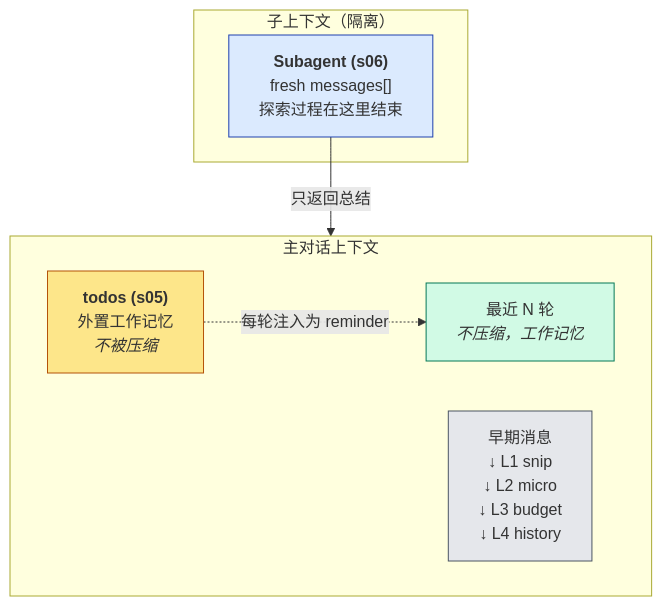
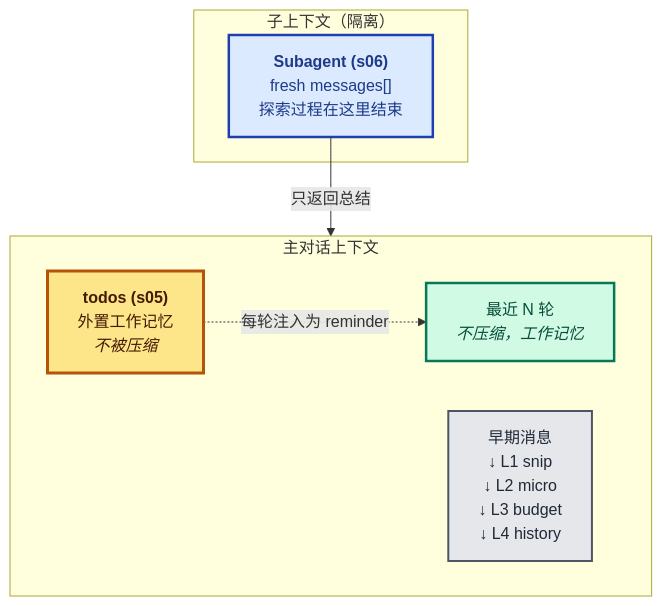
One commit to PyrePuin/From-Zero-LLM-Agent-Infra-Notes changed the first of 2 diagrams in Agent/Harness/Claude Code/Phase 2 - 上下文治理/00 - 综合总结.md. Above: the diagram before and after it, drawn with Mermaid. The commit also changed other lines of this file and 23 other files, not shown here.

First line of the commit message:
refactor(mermaid): 统一所有图的视觉规范

````diff
--- a/Agent/Harness/Claude Code/Phase 2 - 上下文治理/00 - 综合总结.md
+++ b/Agent/Harness/Claude Code/Phase 2 - 上下文治理/00 - 综合总结.md
@@ -85,20 +85,21 @@
 ```mermaid
+%%{init: {'themeVariables': {'fontSize': '16px', 'fontFamily': 'ui-sans-serif, system-ui, -apple-system, "Segoe UI", Roboto, sans-serif'}}}%%
 flowchart TB
     subgraph Main["主对话上下文"]
         Todos["<b>todos (s05)</b><br/>外置工作记忆<br/><i>不被压缩</i>"]
         Old["早期消息<br/>↓ L1 snip<br/>↓ L2 micro<br/>↓ L3 budget<br/>↓ L4 history"]
         Recent["最近 N 轮<br/><i>不压缩，工作记忆</i>"]
         Todos -.->|每轮注入为 reminder| Recent
     end
 
     subgraph Sub["子上下文（隔离）"]
         SubA["<b>Subagent (s06)</b><br/>fresh messages[]<br/>探索过程在这里结束"]
     end
 
     SubA -->|只返回总结| Main
 
-    style Todos fill:#fde68a,stroke:#b45309
-    style Old fill:#e5e7eb,stroke:#4b5563
-    style Recent fill:#d1fae5,stroke:#047857
-    style SubA fill:#dbeafe,stroke:#1e40af
+    style Todos fill:#fde68a,stroke:#b45309,stroke-width:3px,color:#451a03
+    style Old fill:#e5e7eb,stroke:#4b5563,stroke-width:2px,color:#1f2937
+    style Recent fill:#d1fae5,stroke:#047857,stroke-width:2.5px,color:#064e3b
+    style SubA fill:#dbeafe,stroke:#1e40af,stroke-width:2.5px,color:#1e3a8a
 ```
````
